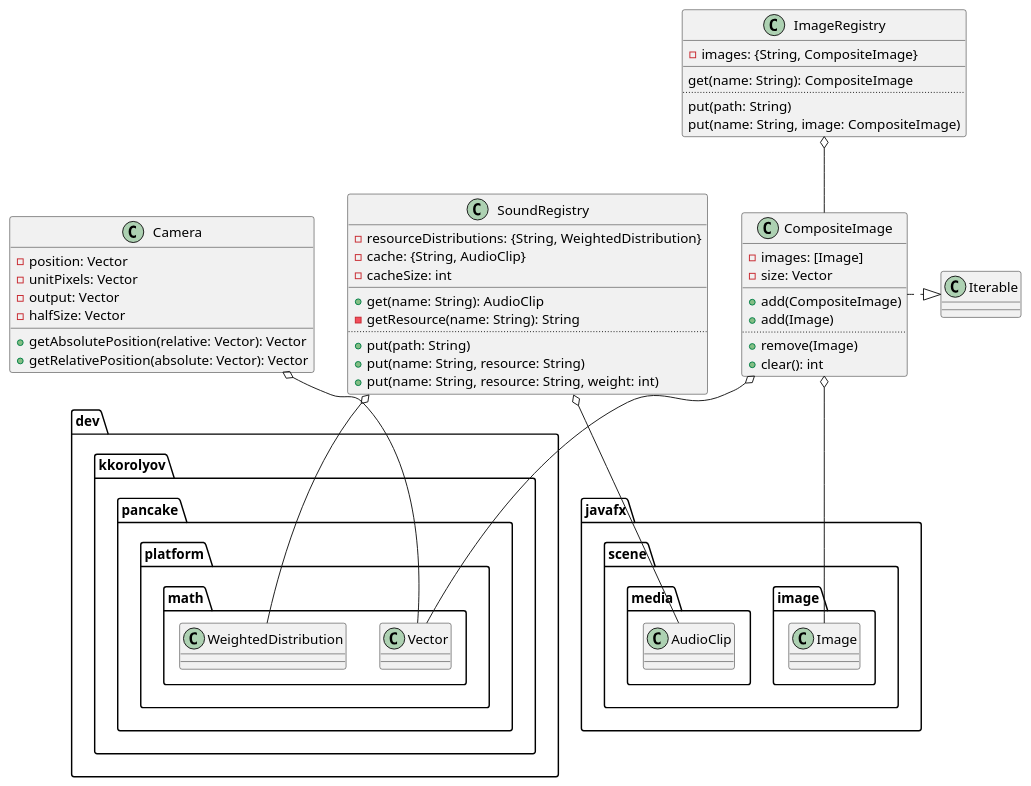
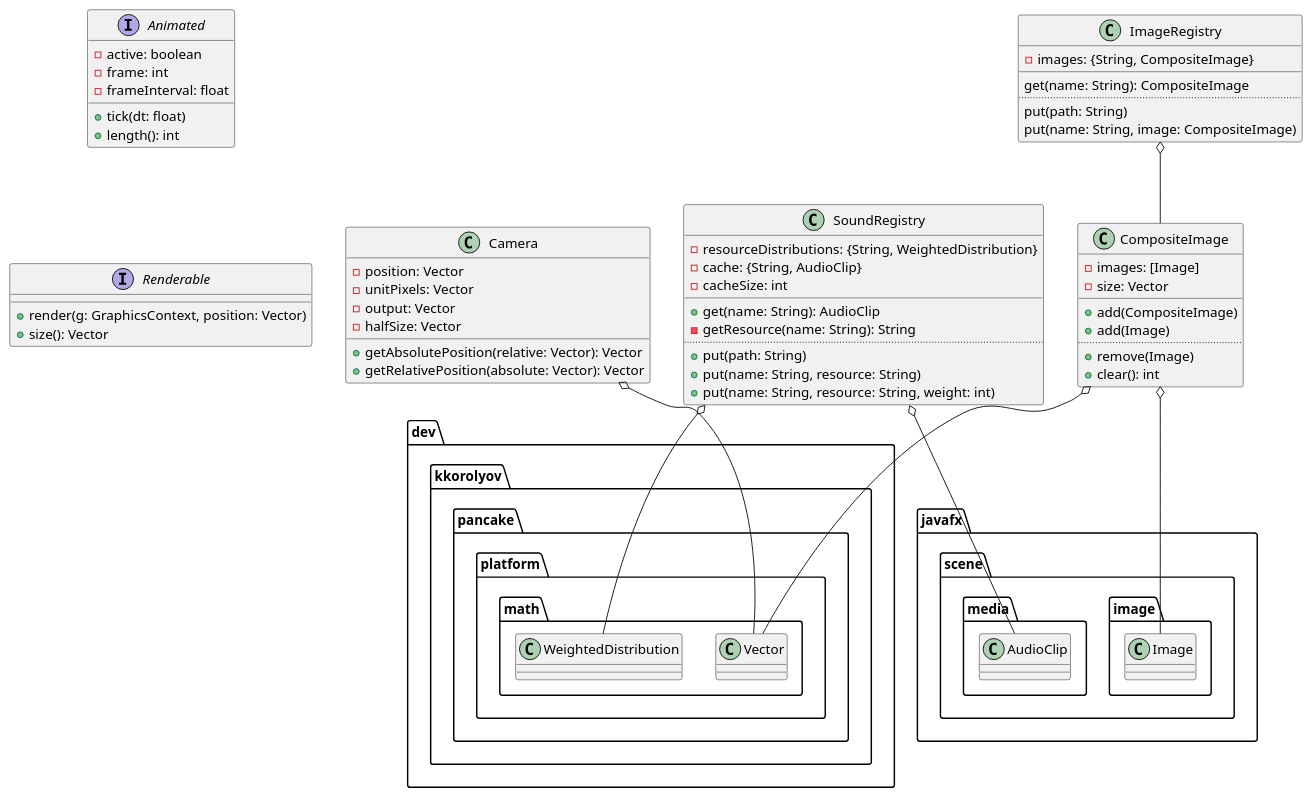
Before and after one commit to kkorolyov/pancake: the diagram in docs/uml/pancake-platform/media.class.puml, drawn with PlantUML.

Commit message:
Add Damage: Update docs

```diff
--- a/docs/uml/pancake-platform/media.class.puml
+++ b/docs/uml/pancake-platform/media.class.puml
@@ -1,53 +1,67 @@
 @startuml
+
+interface Animated {
+	-active: boolean
+	-frame: int
+	-frameInterval: float
+	__
+	+tick(dt: float)
+	+length(): int
+}
+
+interface Renderable {
+	+render(g: GraphicsContext, position: Vector)
+	+size(): Vector
+}
+Renderable -[hidden]u- Animated
 
 class Camera {
 	-position: Vector
 	-unitPixels: Vector
 	-output: Vector
 	-halfSize: Vector
 	__
 	+getAbsolutePosition(relative: Vector): Vector
 	+getRelativePosition(absolute: Vector): Vector
 }
 Camera o-- dev.kkorolyov.pancake.platform.math.Vector
 
 class CompositeImage {
 	-images: [Image]
 	-size: Vector
 	__
 	+add(CompositeImage)
 	+add(Image)
 	..
 	+remove(Image)
 	+clear(): int
 }
-CompositeImage .|> Iterable
 CompositeImage o-- javafx.scene.image.Image
 CompositeImage o-- dev.kkorolyov.pancake.platform.math.Vector
 
 class ImageRegistry {
 	-images: {String, CompositeImage}
 	__
 	get(name: String): CompositeImage
 	..
 	put(path: String)
 	put(name: String, image: CompositeImage)
 }
 ImageRegistry o-- CompositeImage
 
 class SoundRegistry {
 	-resourceDistributions: {String, WeightedDistribution}
 	-cache: {String, AudioClip}
 	-cacheSize: int
 	__
 	+get(name: String): AudioClip
 	-getResource(name: String): String
 	..
 	+put(path: String)
 	+put(name: String, resource: String)
 	+put(name: String, resource: String, weight: int)
 }
 SoundRegistry o-- dev.kkorolyov.pancake.platform.math.WeightedDistribution
 SoundRegistry o-- javafx.scene.media.AudioClip
 
 @enduml
```
